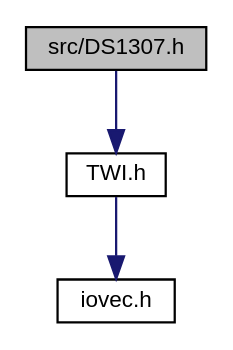
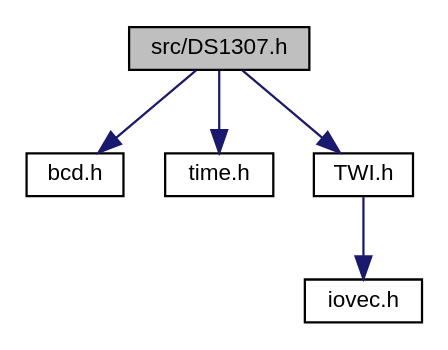
Before and after one commit to mikaelpatel/mikaelpatel.github.io: the diagram in Arduino-TWI/d7/dcc/DS1307_8h__incl.dot, drawn with Graphviz. The commit also changed 386 other files, not shown here.

```diff
--- a/Arduino-TWI/d7/dcc/DS1307_8h__incl.dot
+++ b/Arduino-TWI/d7/dcc/DS1307_8h__incl.dot
@@ -1,10 +1,14 @@
 digraph "src/DS1307.h"
 {
   edge [fontname="Helvetica",fontsize="10",labelfontname="Helvetica",labelfontsize="10"];
   node [fontname="Helvetica",fontsize="10",shape=record];
   Node1 [label="src/DS1307.h",height=0.2,width=0.4,color="black", fillcolor="grey75", style="filled", fontcolor="black"];
   Node1 -> Node2 [color="midnightblue",fontsize="10",style="solid",fontname="Helvetica"];
-  Node2 [label="TWI.h",height=0.2,width=0.4,color="black", fillcolor="white", style="filled",URL="$d7/d67/TWI_8h.html"];
-  Node2 -> Node3 [color="midnightblue",fontsize="10",style="solid",fontname="Helvetica"];
-  Node3 [label="iovec.h",height=0.2,width=0.4,color="black", fillcolor="white", style="filled",URL="$d6/dbc/iovec_8h.html"];
+  Node2 [label="bcd.h",height=0.2,width=0.4,color="black", fillcolor="white", style="filled",URL="$d3/db0/bcd_8h.html"];
+  Node1 -> Node3 [color="midnightblue",fontsize="10",style="solid",fontname="Helvetica"];
+  Node3 [label="time.h",height=0.2,width=0.4,color="black", fillcolor="white", style="filled",URL="$de/df7/time_8h.html"];
+  Node1 -> Node4 [color="midnightblue",fontsize="10",style="solid",fontname="Helvetica"];
+  Node4 [label="TWI.h",height=0.2,width=0.4,color="black", fillcolor="white", style="filled",URL="$d7/d67/TWI_8h.html"];
+  Node4 -> Node5 [color="midnightblue",fontsize="10",style="solid",fontname="Helvetica"];
+  Node5 [label="iovec.h",height=0.2,width=0.4,color="black", fillcolor="white", style="filled",URL="$d6/dbc/iovec_8h.html"];
 }
```
